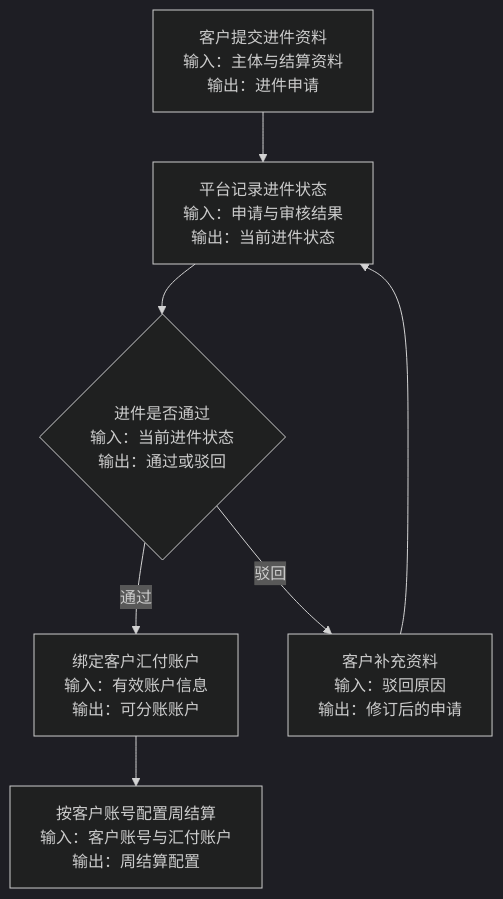
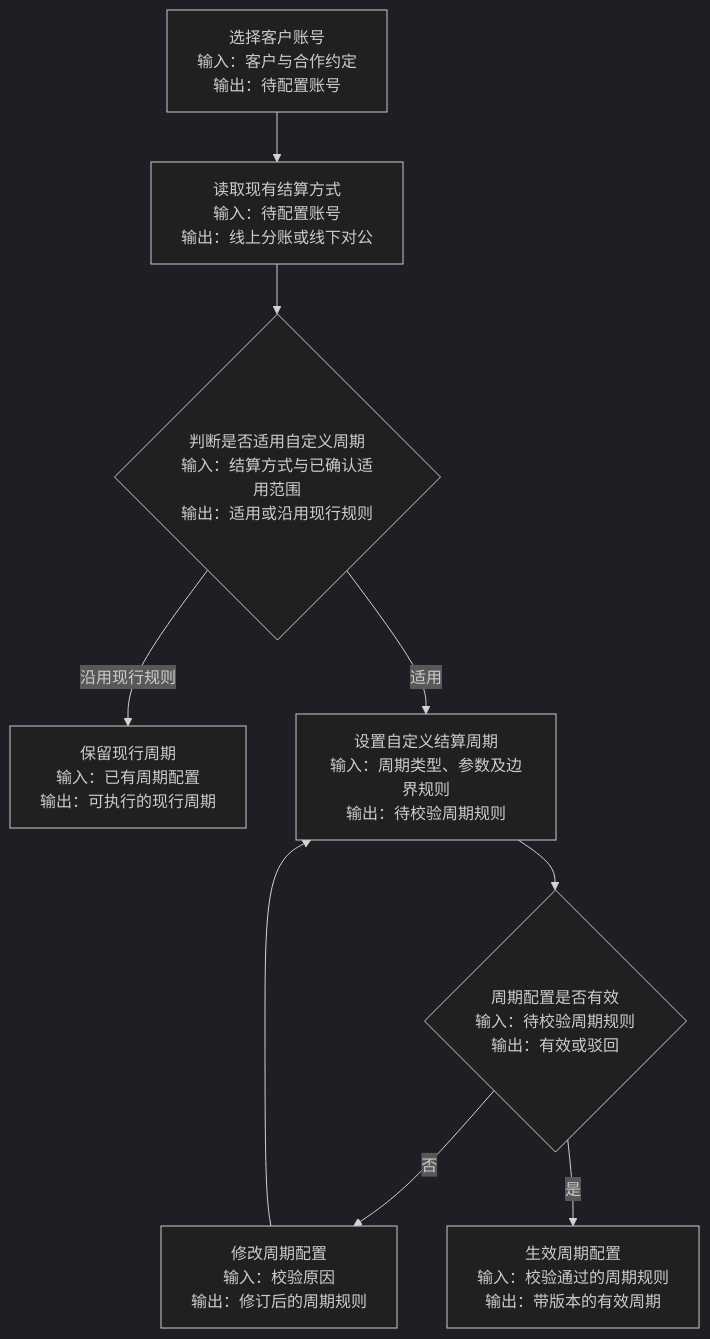
One commit to awu520119/xiaomifeng-admin changed the first of 2 diagrams in docs/premium-settlement/汇付周结算与余额分账-需求分析.md. Above: the diagram before and after it, drawn with Mermaid (dark theme). The commit also changed other lines of this file and 2 other files, not shown here.

````diff
--- a/docs/premium-settlement/汇付周结算与余额分账-需求分析.md
+++ b/docs/premium-settlement/汇付周结算与余额分账-需求分析.md
@@ -47,9 +49,11 @@
 ```mermaid
 graph TD
-    A[客户提交进件资料<br/>输入：主体与结算资料<br/>输出：进件申请] --> B[平台记录进件状态<br/>输入：申请与审核结果<br/>输出：当前进件状态]
-    B --> C{进件是否通过<br/>输入：当前进件状态<br/>输出：通过或驳回}
-    C -->|通过| D[绑定客户汇付账户<br/>输入：有效账户信息<br/>输出：可分账账户]
-    C -->|驳回| E[客户补充资料<br/>输入：驳回原因<br/>输出：修订后的申请]
-    E --> B
-    D --> F[按客户账号配置周结算<br/>输入：客户账号与汇付账户<br/>输出：周结算配置]
+    A[选择客户账号<br/>输入：客户与合作约定<br/>输出：待配置账号] --> B[读取现有结算方式<br/>输入：待配置账号<br/>输出：线上分账或线下对公]
+    B --> C{判断是否适用自定义周期<br/>输入：结算方式与已确认适用范围<br/>输出：适用或沿用现行规则}
+    C -->|沿用现行规则| D[保留现行周期<br/>输入：已有周期配置<br/>输出：可执行的现行周期]
+    C -->|适用| E[设置自定义结算周期<br/>输入：周期类型、参数及边界规则<br/>输出：待校验周期规则]
+    E --> F{周期配置是否有效<br/>输入：待校验周期规则<br/>输出：有效或驳回}
+    F -->|否| G[修改周期配置<br/>输入：校验原因<br/>输出：修订后的周期规则]
+    G --> E
+    F -->|是| H[生效周期配置<br/>输入：校验通过的周期规则<br/>输出：带版本的有效周期]
 ```
````
